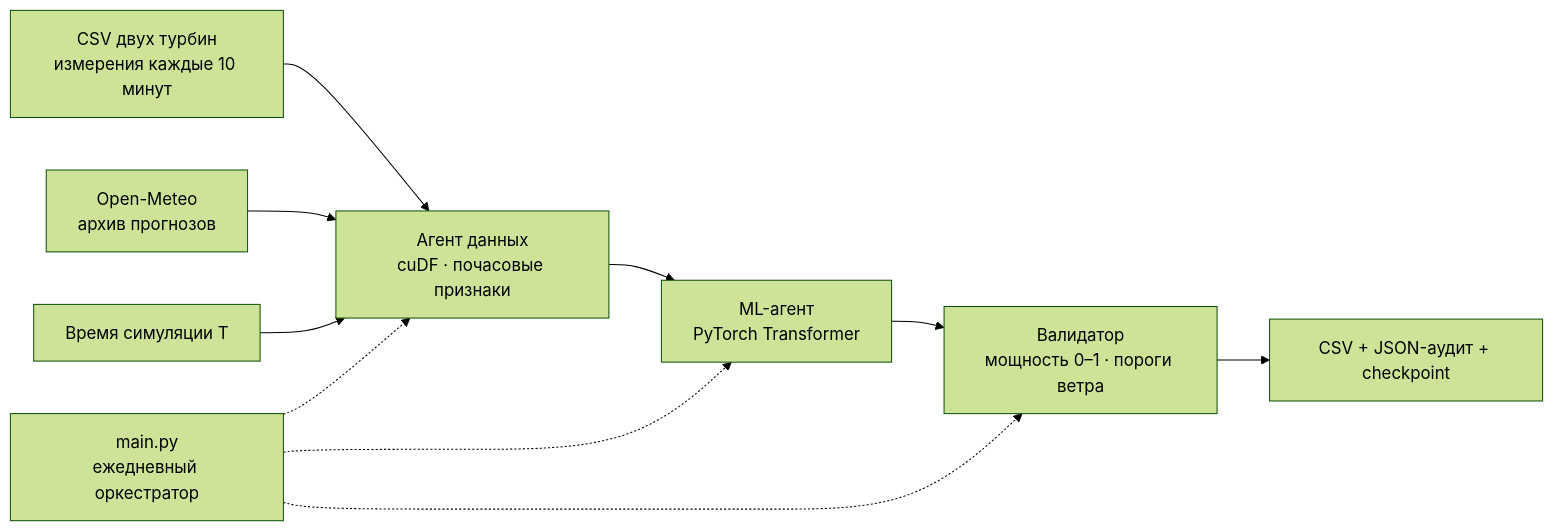
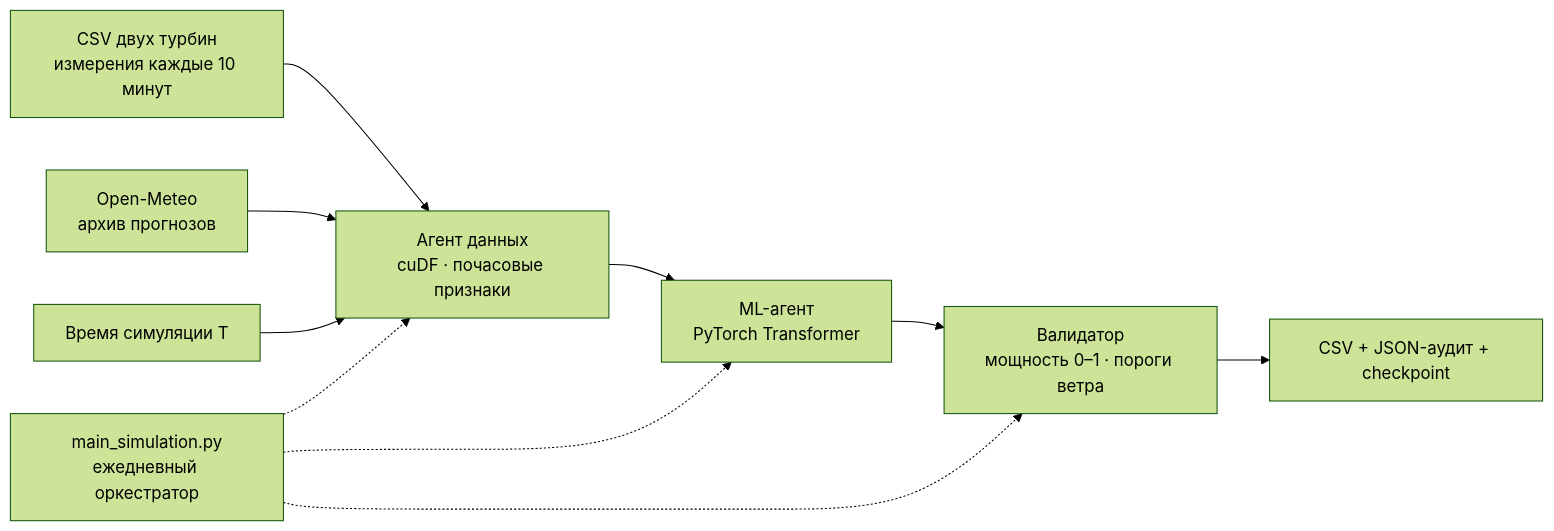
One commit to BAITC-Hacks/hack-c9937c44-xy changed the diagram in README.md. Above: the diagram before and after it, drawn with Mermaid (forest theme). The commit also changed other lines of this file and 10 other files, not shown here.

````diff
--- a/README.md
+++ b/README.md
@@ -25,12 +25,12 @@
 ```mermaid
 flowchart LR
     SCADA[CSV двух турбин<br/>измерения каждые 10 минут] --> DATA
     WEATHER[Open-Meteo<br/>архив прогнозов] --> DATA
     CLOCK[Время симуляции T] --> DATA
     DATA[Агент данных<br/>cuDF · почасовые признаки] --> MODEL
     MODEL[ML-агент<br/>PyTorch Transformer] --> CHECK
     CHECK[Валидатор<br/>мощность 0–1 · пороги ветра] --> OUTPUT[CSV + JSON-аудит + checkpoint]
-    MAIN[main.py<br/>ежедневный оркестратор] -.-> DATA
+    MAIN[main_simulation.py<br/>ежедневный оркестратор] -.-> DATA
     MAIN -.-> MODEL
     MAIN -.-> CHECK
 ```
````
